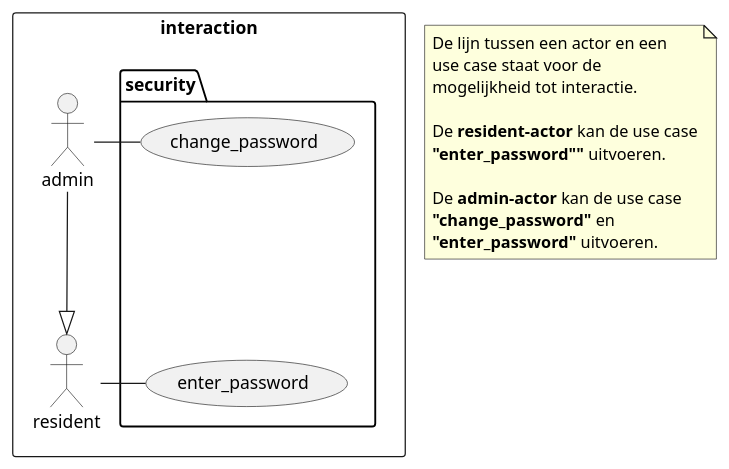
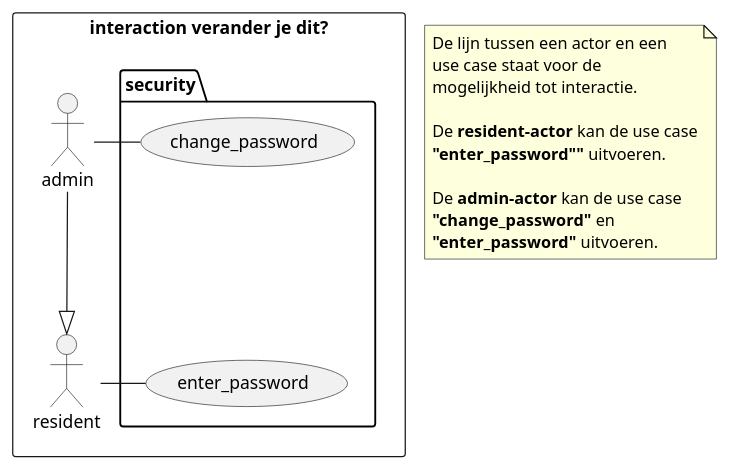
One commit to LukevLuijn/cheat_sheet_osm_mo changed the diagram in plantuml/use_case/actor_interaction.puml. Above: the diagram before and after it, drawn with PlantUML. The commit also changed 1 other file, not shown here.

```diff
--- a/plantuml/use_case/actor_interaction.puml
+++ b/plantuml/use_case/actor_interaction.puml
@@ -1,34 +1,34 @@
 @startuml
 'https://plantuml.com/use-case-diagram
 
-rectangle r1 as "interaction" {
+rectangle r1 as "interaction verander je dit?" {
     package "security" as p1{
         usecase enter_password as uc1
         usecase change_password as uc2
 
         uc1 -[hidden]up-> uc2
     }
 
     actor "admin" as a1
     actor "resident" as a2
 
     a1 -right- uc2
     a2 -right- uc1
 
     a1 --|> a2
 }
 
 note as n1
     De lijn tussen een actor en een
     use case staat voor de
     mogelijkheid tot interactie.
 
     De **resident-actor** kan de use case
     **"enter_password""** uitvoeren.
 
     De **admin-actor** kan de use case
     **"change_password"** en
     **"enter_password"** uitvoeren.
 end note
 
 @enduml
```
